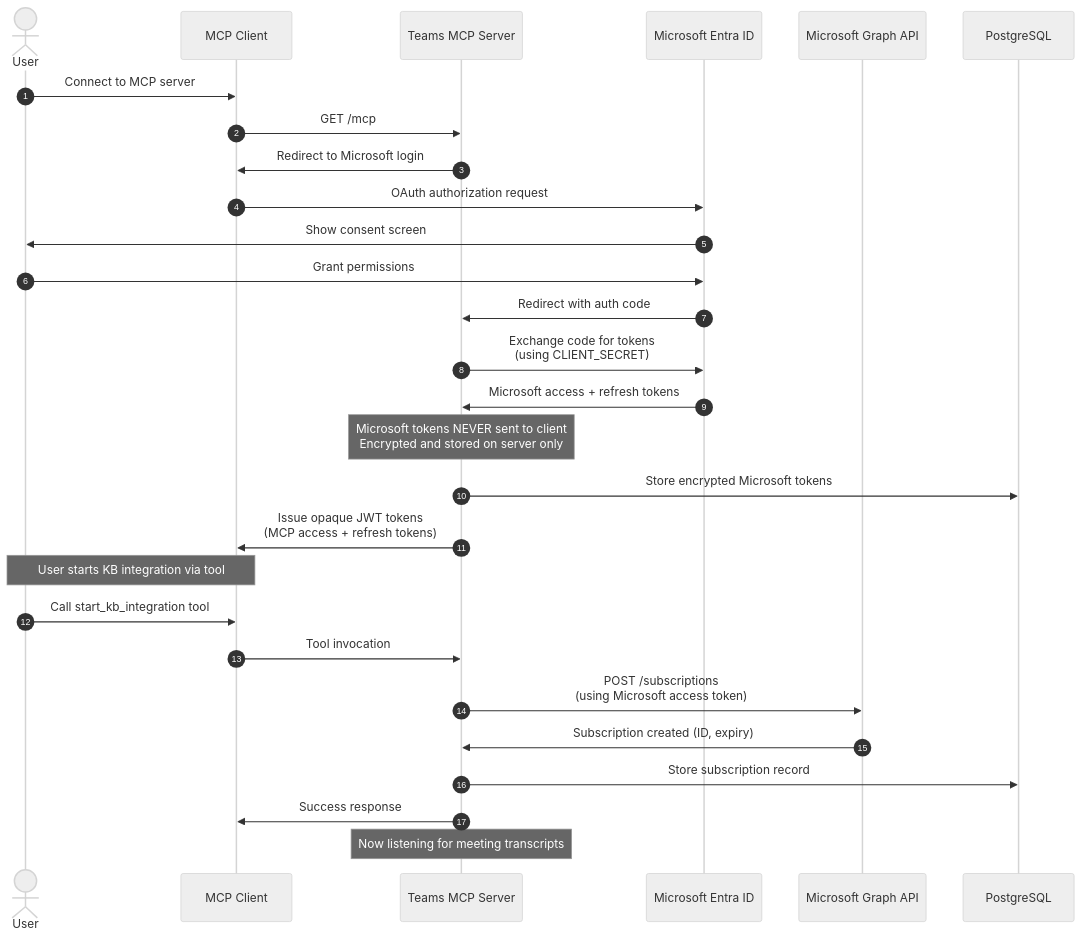
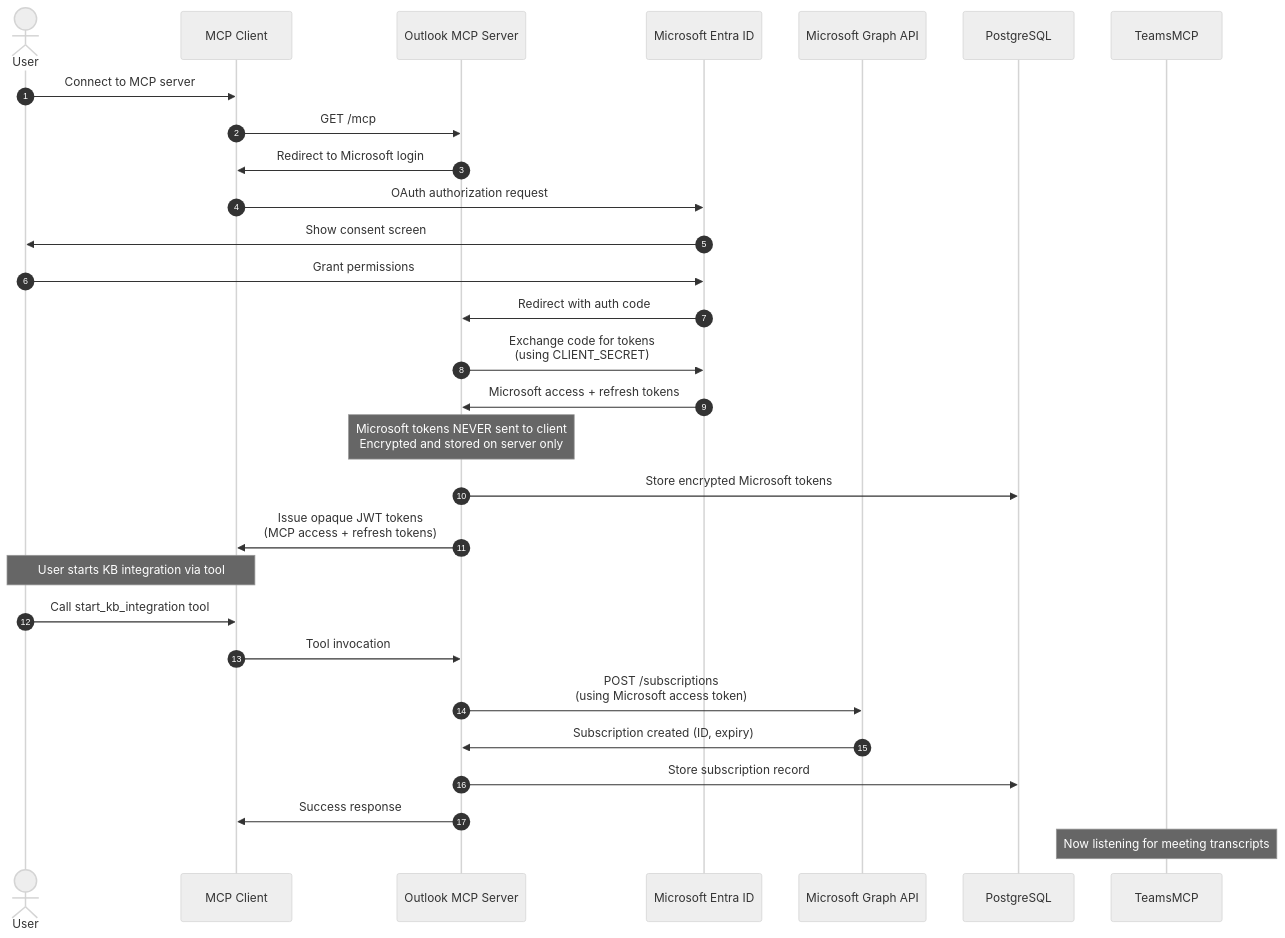
The second of 8 diagrams in services/outlook-fat-mcp/docs/technical/flows.md (Unique-AG/connectors), drawn with Mermaid before and after one commit. The commit also changed other lines of this file and 34 other files, not shown here.

````diff
--- a/services/outlook-fat-mcp/docs/technical/flows.md
+++ b/services/outlook-fat-mcp/docs/technical/flows.md
@@ -48,34 +48,34 @@
 ```mermaid
 %%{init: {'theme': 'neutral', 'themeVariables': { 'fontSize': '14px' }}}%%
 sequenceDiagram
     autonumber
     actor User
     participant MCPClient as MCP Client
-    participant TeamsMCP as Teams MCP Server
+    participant OutlookMCP as Outlook MCP Server
     participant EntraID as Microsoft Entra ID
     participant MSGraph as Microsoft Graph API
     participant DB as PostgreSQL
 
     User->>MCPClient: Connect to MCP server
-    MCPClient->>TeamsMCP: GET /mcp
-    TeamsMCP->>MCPClient: Redirect to Microsoft login
+    MCPClient->>OutlookMCP: GET /mcp
+    OutlookMCP->>MCPClient: Redirect to Microsoft login
     MCPClient->>EntraID: OAuth authorization request
     EntraID->>User: Show consent screen
     User->>EntraID: Grant permissions
-    EntraID->>TeamsMCP: Redirect with auth code
-    TeamsMCP->>EntraID: Exchange code for tokens<br/>(using CLIENT_SECRET)
-    EntraID->>TeamsMCP: Microsoft access + refresh tokens
-    Note over TeamsMCP: Microsoft tokens NEVER sent to client<br/>Encrypted and stored on server only
-    TeamsMCP->>DB: Store encrypted Microsoft tokens
-    TeamsMCP->>MCPClient: Issue opaque JWT tokens<br/>(MCP access + refresh tokens)
+    EntraID->>OutlookMCP: Redirect with auth code
+    OutlookMCP->>EntraID: Exchange code for tokens<br/>(using CLIENT_SECRET)
+    EntraID->>OutlookMCP: Microsoft access + refresh tokens
+    Note over OutlookMCP: Microsoft tokens NEVER sent to client<br/>Encrypted and stored on server only
+    OutlookMCP->>DB: Store encrypted Microsoft tokens
+    OutlookMCP->>MCPClient: Issue opaque JWT tokens<br/>(MCP access + refresh tokens)
 
     Note over User,MCPClient: User starts KB integration via tool
     User->>MCPClient: Call start_kb_integration tool
-    MCPClient->>TeamsMCP: Tool invocation
-    TeamsMCP->>MSGraph: POST /subscriptions<br/>(using Microsoft access token)
-    MSGraph->>TeamsMCP: Subscription created (ID, expiry)
-    TeamsMCP->>DB: Store subscription record
-    TeamsMCP->>MCPClient: Success response
+    MCPClient->>OutlookMCP: Tool invocation
+    OutlookMCP->>MSGraph: POST /subscriptions<br/>(using Microsoft access token)
+    MSGraph->>OutlookMCP: Subscription created (ID, expiry)
+    OutlookMCP->>DB: Store subscription record
+    OutlookMCP->>MCPClient: Success response
 
     Note over TeamsMCP: Now listening for meeting transcripts
 ```
````
